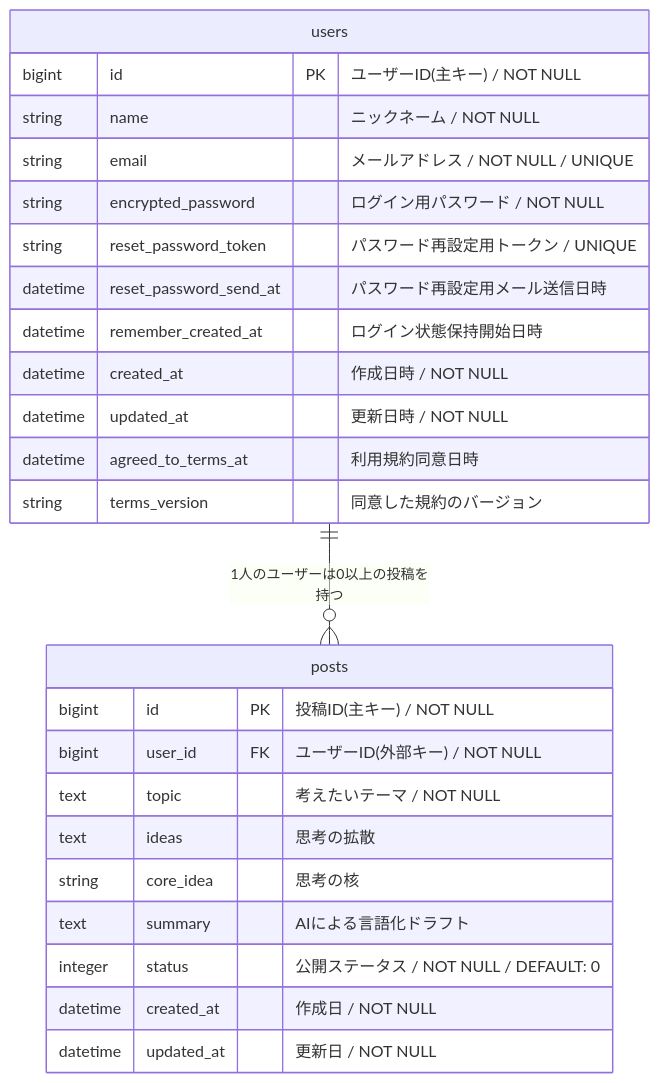
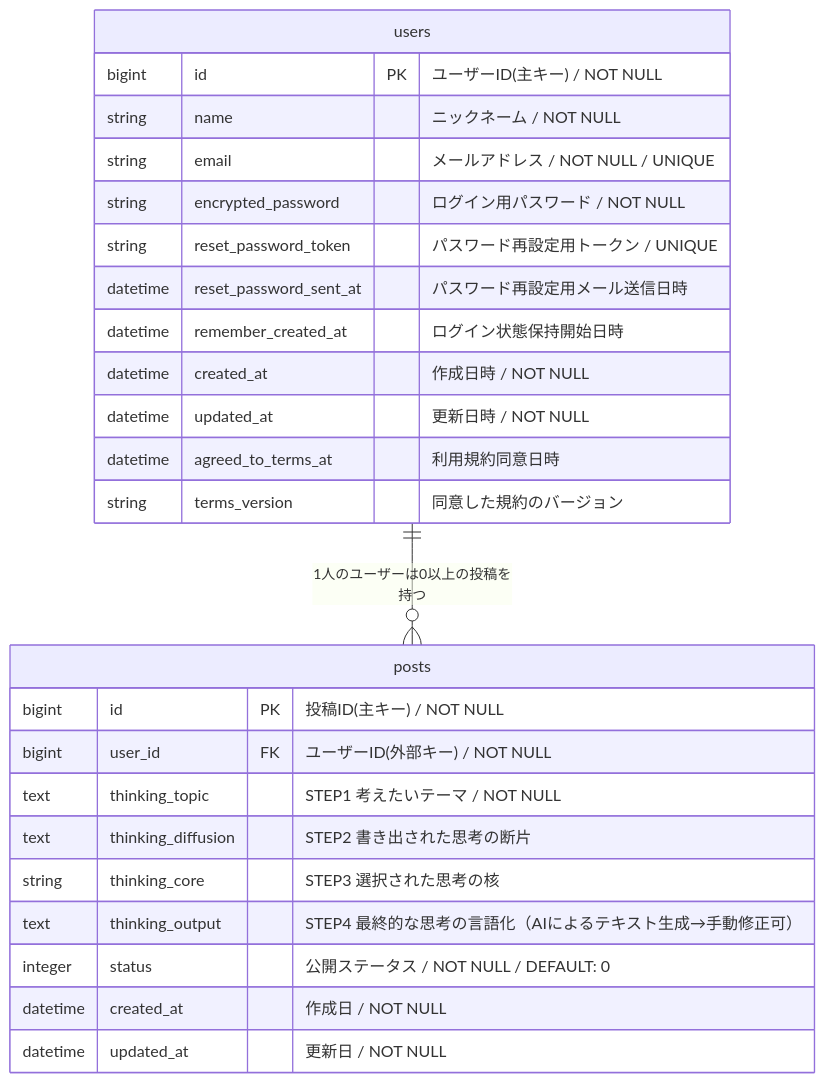
The diagram in README.md (yoshi-netizen/Output-Jon), drawn with Mermaid before and after one commit. The commit also changed other lines of this file, not shown here.

Commit message:
Update README.md
・カラム名reset_password_send_at→reset_password_sent_atに修正
・ユーザーが投稿に入力するデータについてカラム名を変更し共通のプレフィックスを追加
・補足情報を記載

````diff
--- a/README.md
+++ b/README.md
@@ -711,30 +711,30 @@
 ```mermaid
 erDiagram
   users ||--o{ posts : "1人のユーザーは0以上の投稿を持つ"
 
   users {
     bigint id PK "ユーザーID(主キー) / NOT NULL"
     string name "ニックネーム / NOT NULL"
     string email "メールアドレス / NOT NULL / UNIQUE"
     string encrypted_password "ログイン用パスワード / NOT NULL"
     string reset_password_token "パスワード再設定用トークン / UNIQUE"
-    datetime reset_password_send_at "パスワード再設定用メール送信日時"
+    datetime reset_password_sent_at "パスワード再設定用メール送信日時"
     datetime remember_created_at "ログイン状態保持開始日時"
     datetime created_at "作成日時 / NOT NULL"
     datetime updated_at "更新日時 / NOT NULL"
     datetime agreed_to_terms_at "利用規約同意日時"
     string terms_version "同意した規約のバージョン"
   }
 
   posts {
     bigint id PK "投稿ID(主キー) / NOT NULL"
     bigint user_id FK "ユーザーID(外部キー) / NOT NULL"
-    text topic "考えたいテーマ / NOT NULL"
-    text ideas "思考の拡散"
-    string core_idea "思考の核"
-    text summary "AIによる言語化ドラフト"
+    text thinking_topic "STEP1 考えたいテーマ / NOT NULL"
+    text thinking_diffusion "STEP2 書き出された思考の断片"
+    string thinking_core "STEP3 選択された思考の核"
+    text thinking_output "STEP4 最終的な思考の言語化（AIによるテキスト生成→手動修正可）"
     integer status "公開ステータス / NOT NULL / DEFAULT: 0"
     datetime created_at "作成日 / NOT NULL"
     datetime updated_at "更新日 / NOT NULL"
   }
   ```
````
